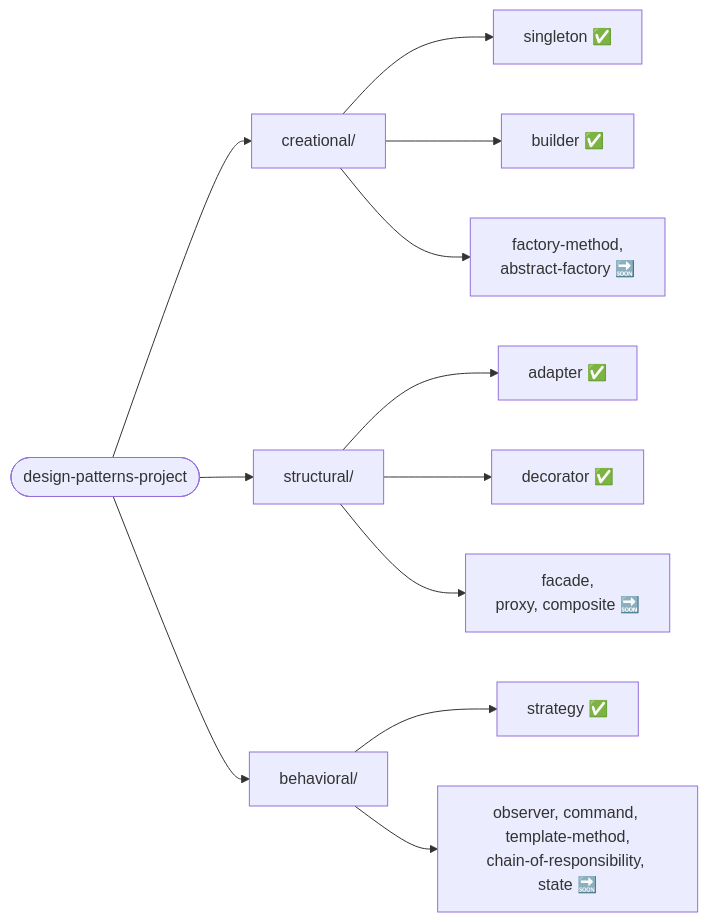
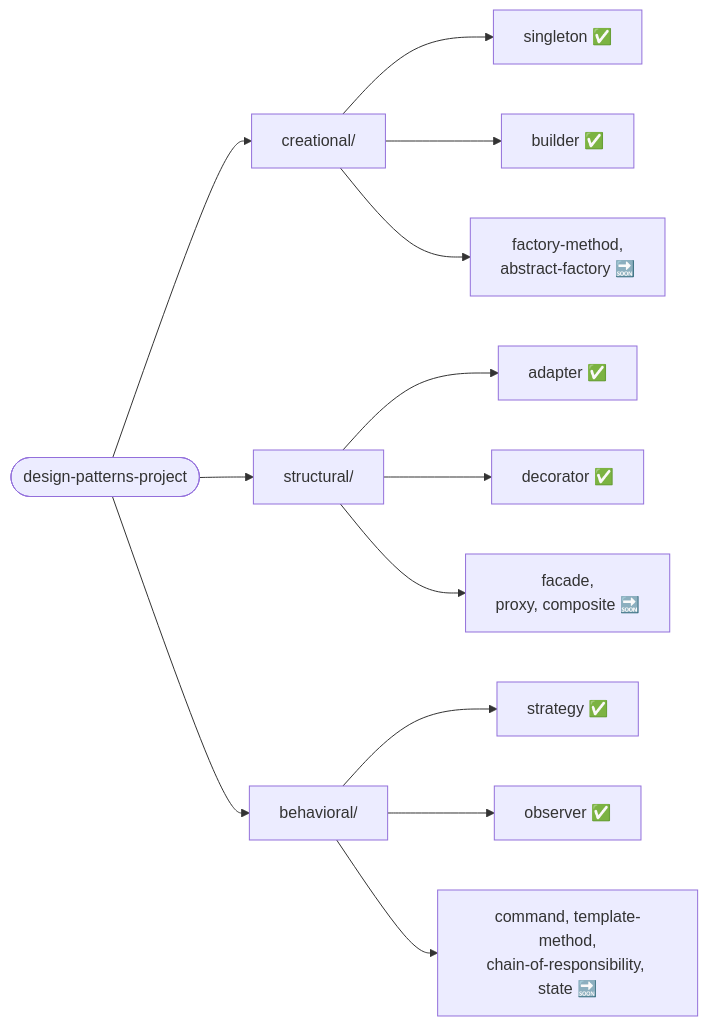
Before and after one commit to leon-lourenco/design-patterns-project: the diagram in README.md, drawn with Mermaid. The commit also changed other lines of this file and 16 other files, not shown here.

````diff
--- a/README.md
+++ b/README.md
@@ -81,14 +81,15 @@
 ```mermaid
 flowchart LR
     Root(["design-patterns-project"]) --> Creational["creational/"]
     Root --> Structural["structural/"]
     Root --> Behavioral["behavioral/"]
     Creational --> Singleton["singleton ✅"]
     Creational --> Builder["builder ✅"]
     Creational --> CreationalRest["factory-method,\nabstract-factory 🔜"]
     Structural --> Adapter["adapter ✅"]
     Structural --> Decorator["decorator ✅"]
     Structural --> StructuralRest["facade,\nproxy, composite 🔜"]
     Behavioral --> Strategy["strategy ✅"]
-    Behavioral --> BehavioralRest["observer, command, template-method,\nchain-of-responsibility, state 🔜"]
+    Behavioral --> Observer["observer ✅"]
+    Behavioral --> BehavioralRest["command, template-method,\nchain-of-responsibility, state 🔜"]
 ```
````
